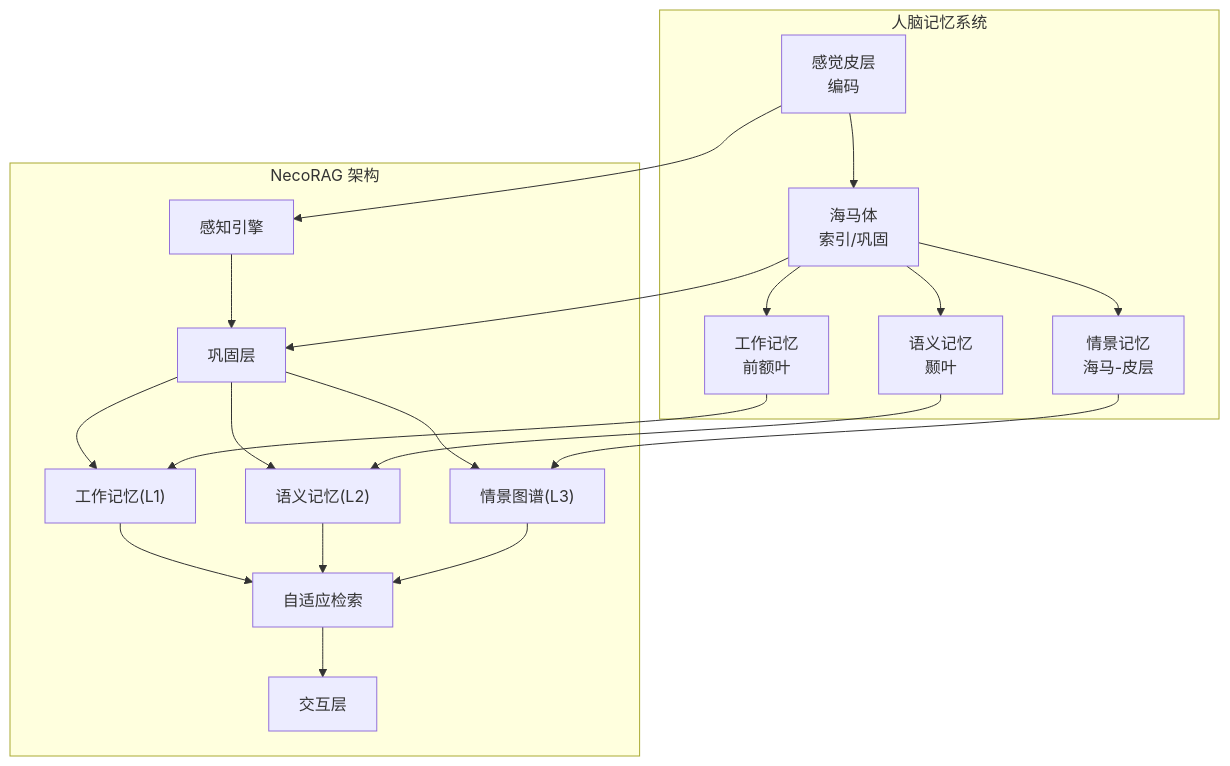
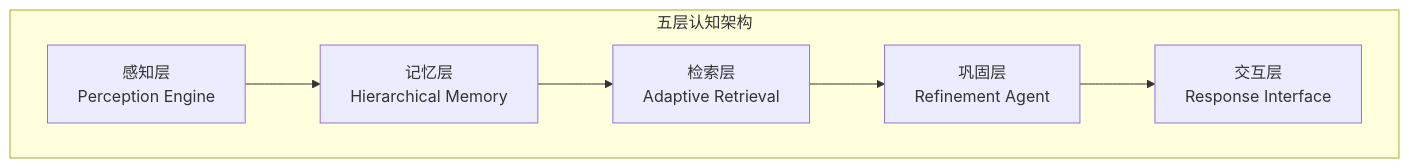
One commit to JieGaoPrinceton/NecoRAG changed the second of 4 diagrams in .qoder/repowiki/zh/content/项目概述/项目概述.md. Above: the diagram before and after it, drawn with Mermaid. The commit also changed other lines of this file and 222 other files, not shown here.

````diff
--- a/.qoder/repowiki/zh/content/项目概述/项目概述.md
+++ b/.qoder/repowiki/zh/content/项目概述/项目概述.md
@@ -103,24 +101,9 @@
 ```mermaid
 graph TB
-subgraph "人脑记忆系统"
-S["感觉皮层<br/>编码"] --> H["海马体<br/>索引/巩固"]
-H --> W["工作记忆<br/>前额叶"]
-H --> SM["语义记忆<br/>颞叶"]
-H --> EP["情景记忆<br/>海马-皮层"]
+subgraph "五层认知架构"
+P["感知层<br/>Perception Engine"] --> M["记忆层<br/>Hierarchical Memory"]
+M --> R["检索层<br/>Adaptive Retrieval"]
+R --> C["巩固层<br/>Refinement Agent"]
+C --> I["交互层<br/>Response Interface"]
 end
-subgraph "NecoRAG 架构"
-PE["感知引擎"] --> RA["巩固层"]
-RA --> WM["工作记忆(L1)"]
-RA --> SEM["语义记忆(L2)"]
-RA --> GR["情景图谱(L3)"]
-WM --> RET["自适应检索"]
-SEM --> RET
-GR --> RET
-RET --> RESP["交互层"]
-end
-S --> PE
-H --> RA
-W --> WM
-SM --> SEM
-EP --> GR
 ```
````
